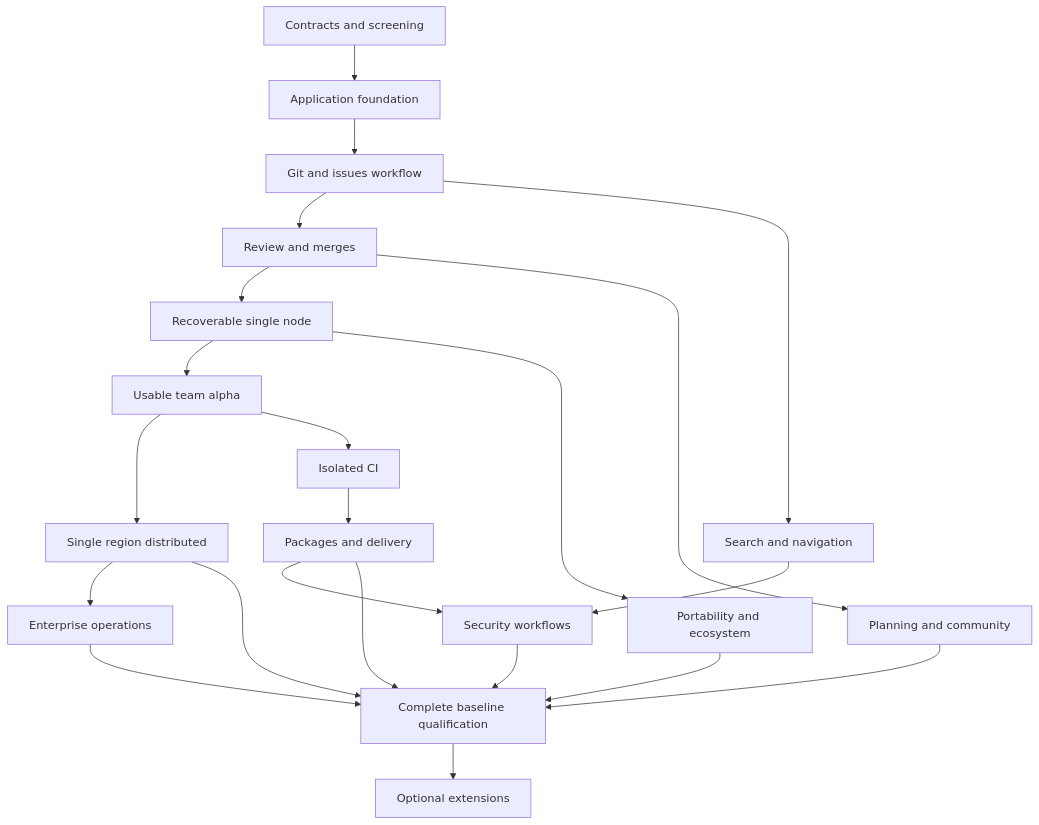
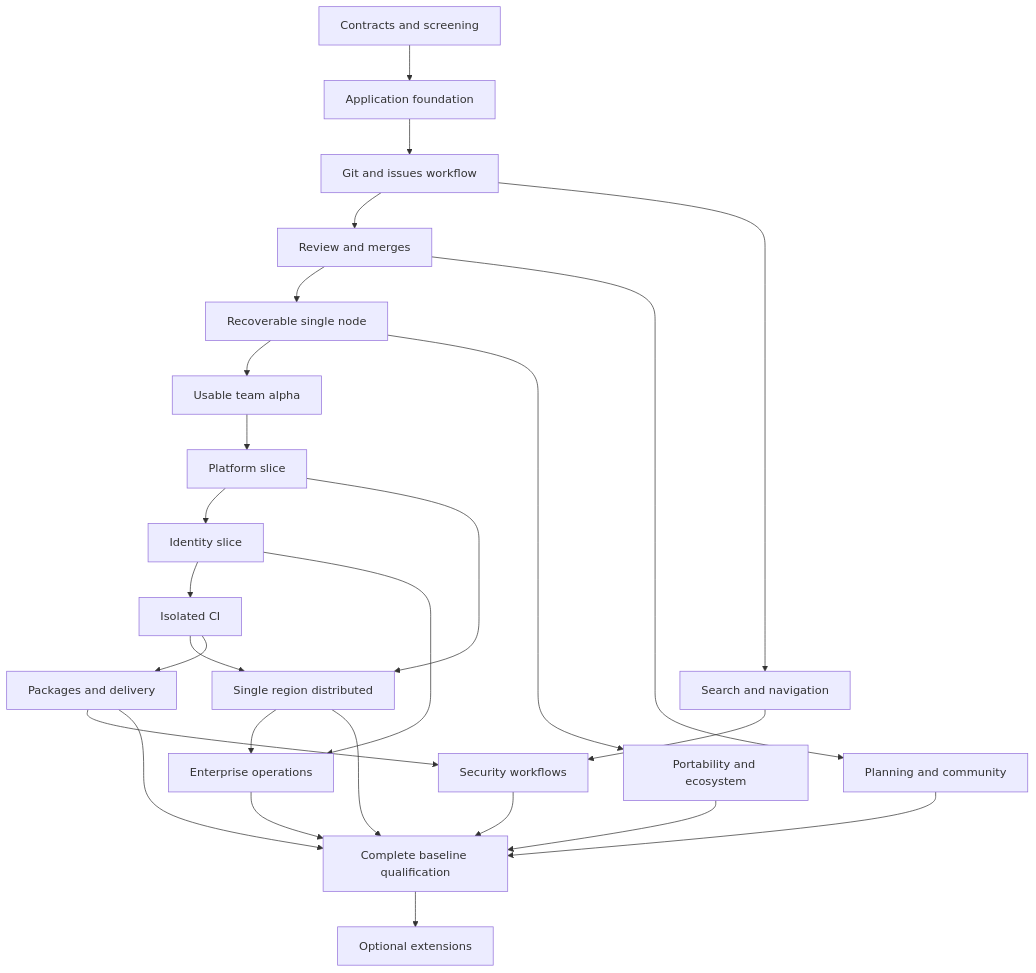
One commit to DeviousCardi/githearth changed the diagram in docs/plan/04-forge-roadmap.md. Above: the diagram before and after it, drawn with Mermaid. The commit also changed other lines of this file and 20 other files, not shown here.

````diff
--- a/docs/plan/04-forge-roadmap.md
+++ b/docs/plan/04-forge-roadmap.md
@@ -46,24 +50,28 @@
 ```mermaid
 flowchart TD
     M0[Contracts and screening] --> M1[Application foundation]
     M1 --> M2[Git and issues workflow]
     M2 --> M3[Review and merges]
     M3 --> M4[Recoverable single node]
     M4 --> M41[Usable team alpha]
-    M41 --> M5[Single region distributed]
-    M41 --> M6[Isolated CI]
+    M41 --> M42[Platform slice]
+    M42 --> M11a[Identity slice]
+    M42 --> M5[Single region distributed]
+    M11a --> M6[Isolated CI]
+    M6 --> M5
     M6 --> M7[Packages and delivery]
     M3 --> M8[Planning and community]
     M2 --> M9[Search and navigation]
     M7 --> M10[Security workflows]
     M9 --> M10
     M5 --> M11[Enterprise operations]
+    M11a --> M11
     M4 --> M12[Portability and ecosystem]
     M5 --> M13[Complete baseline qualification]
     M7 --> M13
     M8 --> M13
     M10 --> M13
     M11 --> M13
     M12 --> M13
     M13 --> M14[Optional extensions]
 ```
````
